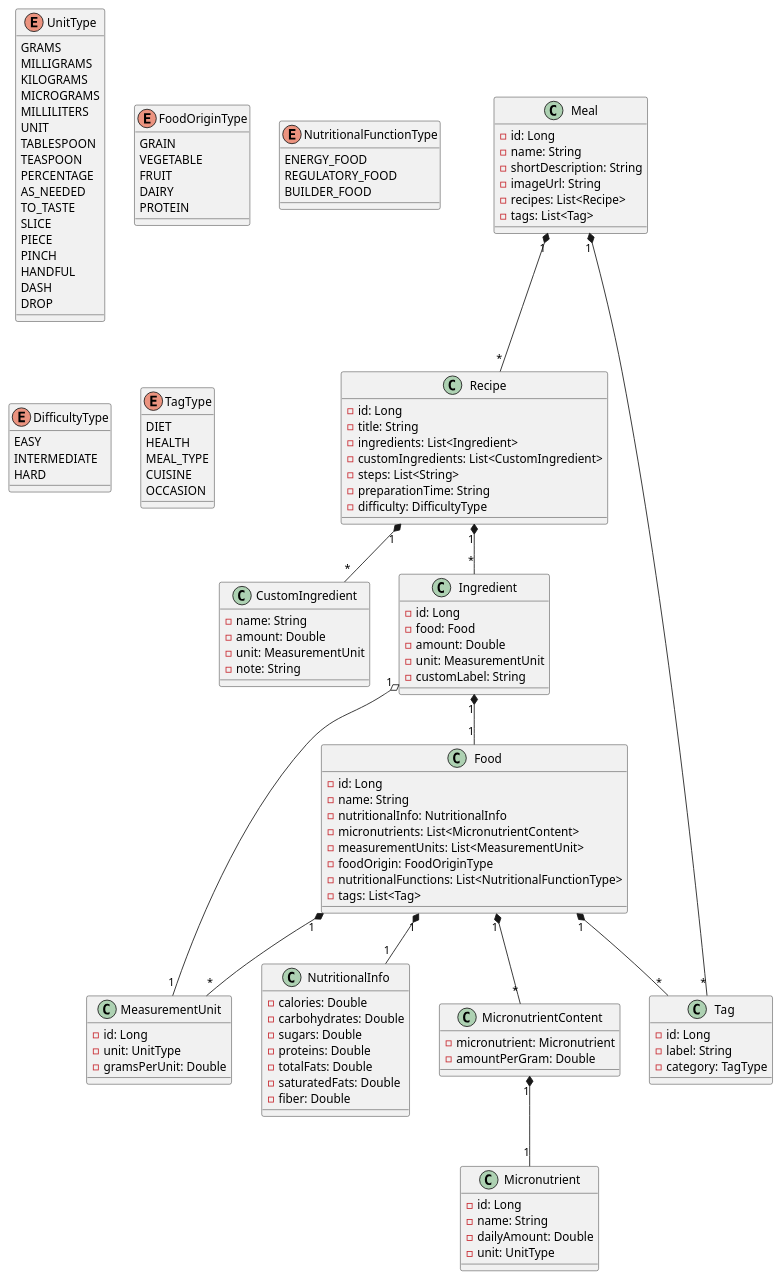
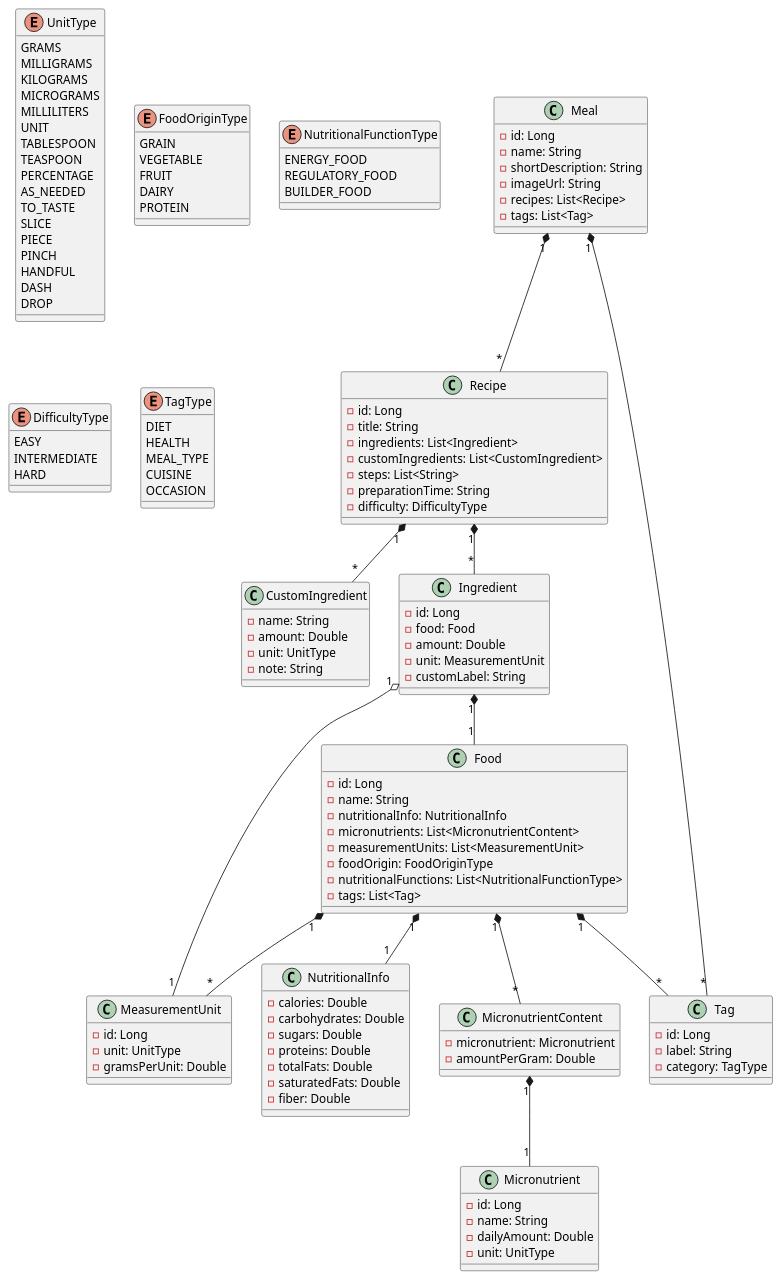
Before and after one commit to RodriLang/calorie-calculator: the diagram in src/main/resources/diagram.puml, drawn with PlantUML. The commit also changed 59 other files, not shown here.

```diff
--- a/src/main/resources/diagram.puml
+++ b/src/main/resources/diagram.puml
@@ -1,154 +1,154 @@
 @startuml
 
 class Meal {
     - id: Long
     - name: String
     - shortDescription: String
     - imageUrl: String
     - recipes: List<Recipe>
     - tags: List<Tag>
 
 }
 
 class Recipe {
     - id: Long
     - title: String
     - ingredients: List<Ingredient>
     - customIngredients: List<CustomIngredient>
     - steps: List<String>
     - preparationTime: String
     - difficulty: DifficultyType
 }
 
 
 class Ingredient {
     - id: Long
     - food: Food
     - amount: Double
     - unit: MeasurementUnit
     - customLabel: String
 }
 
 
 class CustomIngredient {
     - name: String
     - amount: Double
-    - unit: MeasurementUnit
+    - unit: UnitType
     - note: String
 }
 
 
 class Food {
     - id: Long
     - name: String
     - nutritionalInfo: NutritionalInfo
     - micronutrients: List<MicronutrientContent>
     - measurementUnits: List<MeasurementUnit>
     - foodOrigin: FoodOriginType
     - nutritionalFunctions: List<NutritionalFunctionType>
     - tags: List<Tag>
 }
 
 
 class NutritionalInfo {
     - calories: Double
     - carbohydrates: Double
     - sugars: Double
     - proteins: Double
     - totalFats: Double
     - saturatedFats: Double
     - fiber: Double
 }
 
 class MicronutrientContent {
     - micronutrient: Micronutrient
     - amountPerGram: Double
 }
 
 class Micronutrient {
     - id: Long
     - name: String
     - dailyAmount: Double
     - unit: UnitType
 }
 
 class MeasurementUnit {
     - id: Long
     - unit: UnitType
     - gramsPerUnit: Double
 }
 
 class Tag {
     - id: Long
     - label: String
     - category: TagType
 }
 
 
 Ingredient "1" *-- "1" Food
 Ingredient "1" o-- "1" MeasurementUnit
 
 Recipe "1" *-- "*" Ingredient
 Recipe "1" *-- "*" CustomIngredient
 
 Meal "1" *-- "*" Recipe
 Meal "1" *-- "*" Tag
 
 Food "1" *-- "1" NutritionalInfo
 Food "1" *-- "*" MeasurementUnit
 Food "1" *-- "*" MicronutrientContent
 Food "1" *-- "*" Tag
 
 MicronutrientContent "1" *-- "1" Micronutrient
 
 
 
 enum UnitType {
     GRAMS
     MILLIGRAMS
     KILOGRAMS
     MICROGRAMS
     MILLILITERS
     UNIT
     TABLESPOON
     TEASPOON
     PERCENTAGE
     AS_NEEDED
     TO_TASTE
     SLICE
     PIECE
     PINCH
     HANDFUL
     DASH
     DROP
 }
 
 enum FoodOriginType {
     GRAIN
     VEGETABLE
     FRUIT
     DAIRY
     PROTEIN
 }
 
 enum NutritionalFunctionType {
     ENERGY_FOOD
     REGULATORY_FOOD
     BUILDER_FOOD
 }
 
 enum DifficultyType {
     EASY
     INTERMEDIATE
     HARD
 }
 
 enum TagType {
     DIET
     HEALTH
     MEAL_TYPE
     CUISINE
     OCCASION
 }
 
 @enduml
```
